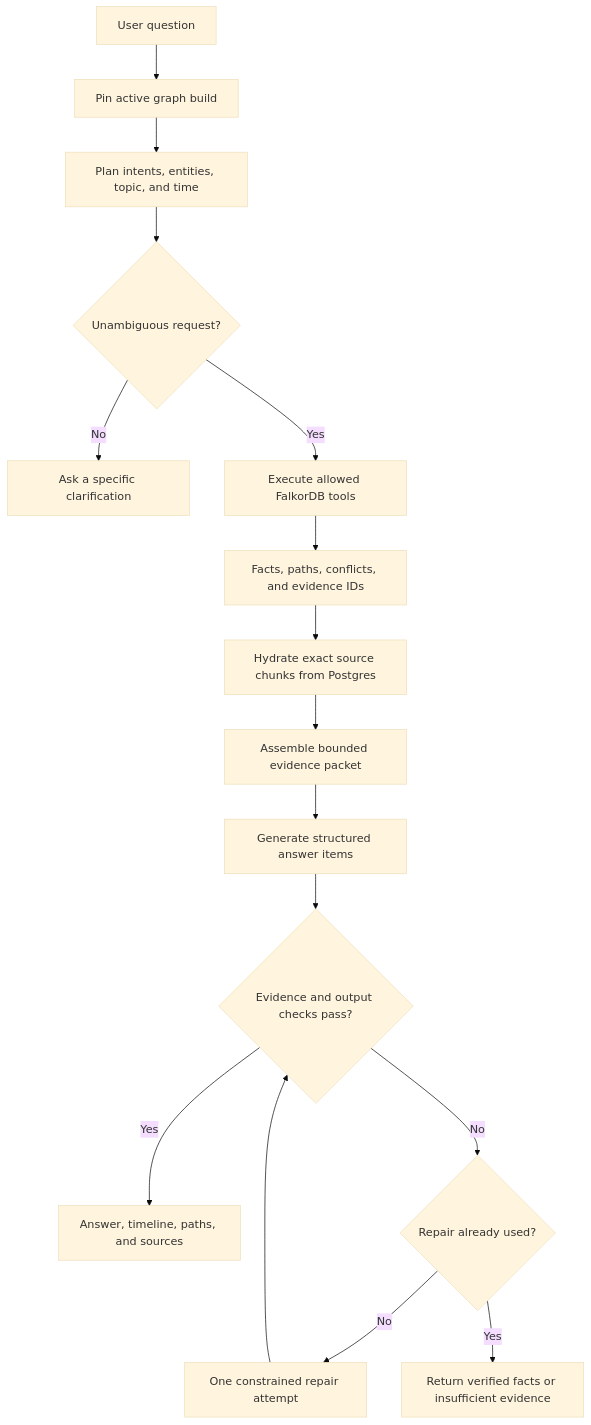
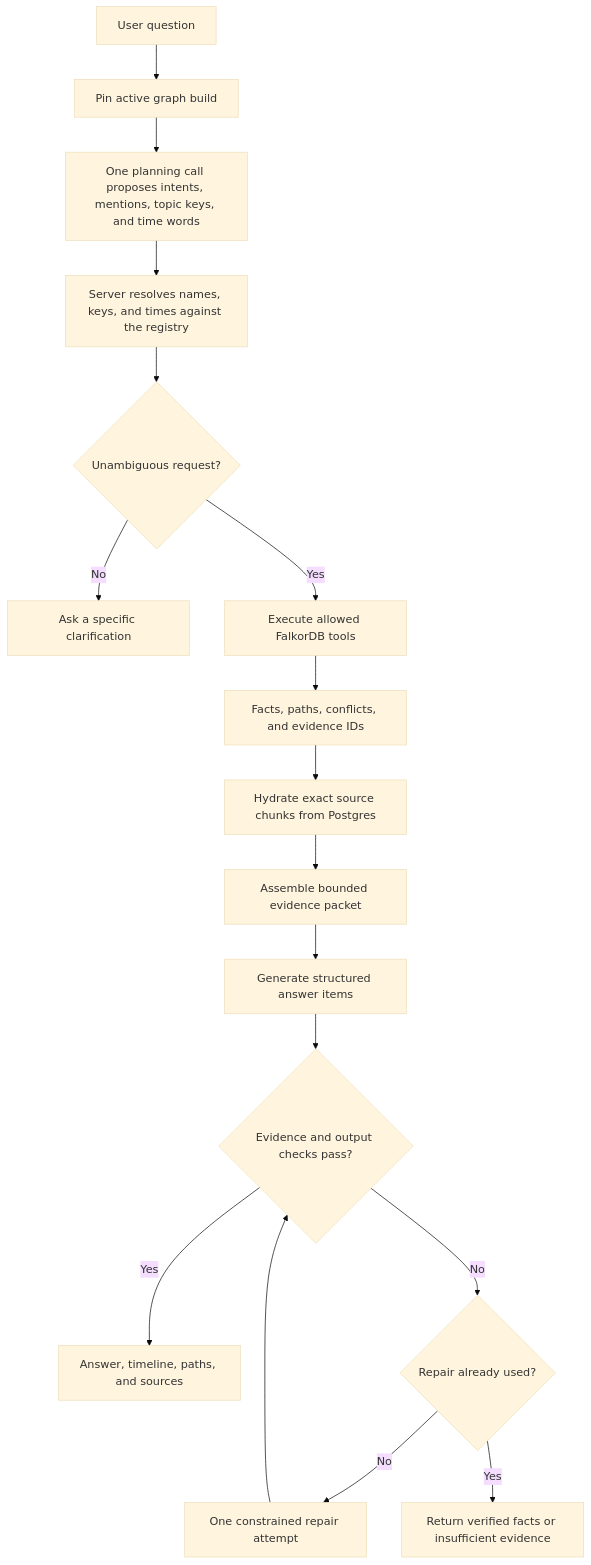
Before and after one commit to ameghcoder/company-brain: the diagram in docs/design-flow/query.md, drawn with Mermaid (base theme). The commit also changed other lines of this file and 25 other files, not shown here.

````diff
--- a/docs/design-flow/query.md
+++ b/docs/design-flow/query.md
@@ -13,18 +12,19 @@
 ```mermaid
 flowchart TD
     A["User question"] --> B["Pin active graph build"]
-    B --> C["Plan intents, entities, topic, and time"]
-    C --> D{"Unambiguous request?"}
+    B --> C["One planning call proposes intents, mentions, topic keys, and time words"]
+    C --> RS["Server resolves names, keys, and times against the registry"]
+    RS --> D{"Unambiguous request?"}
     D -->|No| E["Ask a specific clarification"]
     D -->|Yes| F["Execute allowed FalkorDB tools"]
     F --> G["Facts, paths, conflicts, and evidence IDs"]
     G --> H["Hydrate exact source chunks from Postgres"]
     H --> I["Assemble bounded evidence packet"]
     I --> J["Generate structured answer items"]
     J --> K{"Evidence and output checks pass?"}
     K -->|Yes| L["Answer, timeline, paths, and sources"]
     K -->|No| M{"Repair already used?"}
     M -->|No| R["One constrained repair attempt"]
     R --> K
     M -->|Yes| N["Return verified facts or insufficient evidence"]
 ```
````
